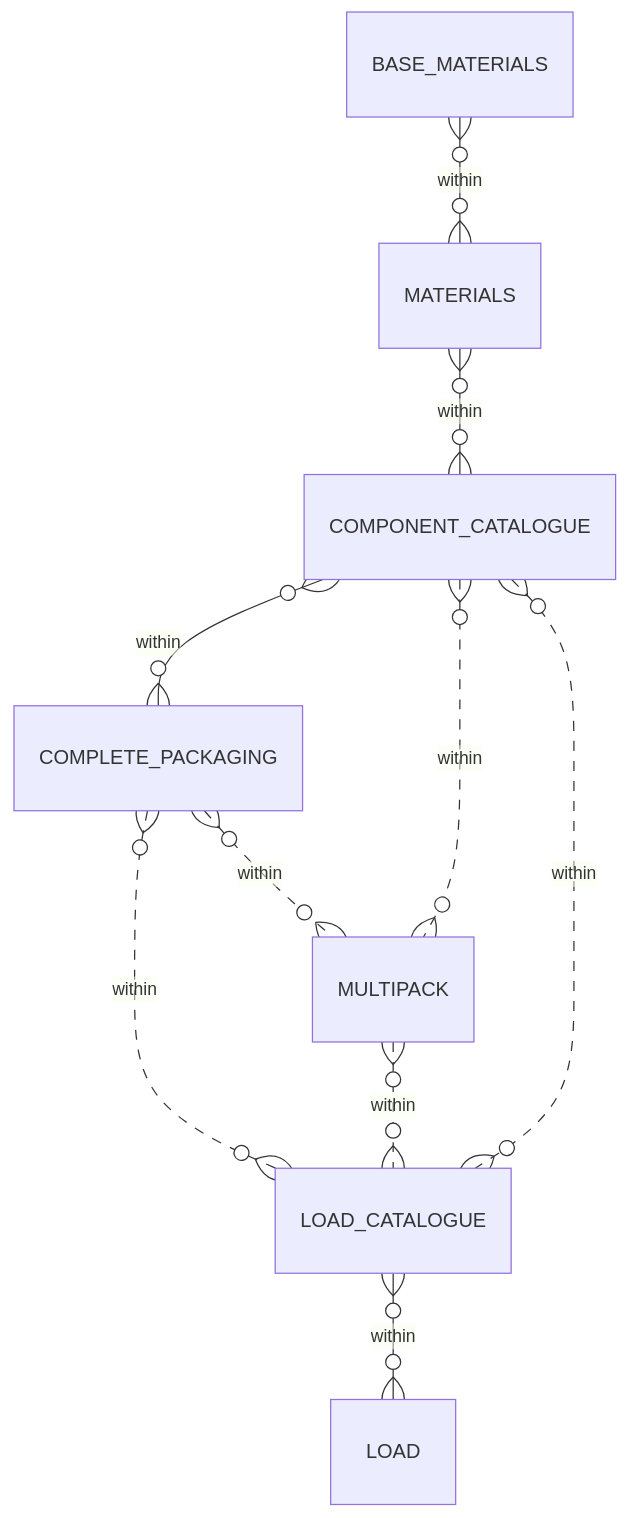
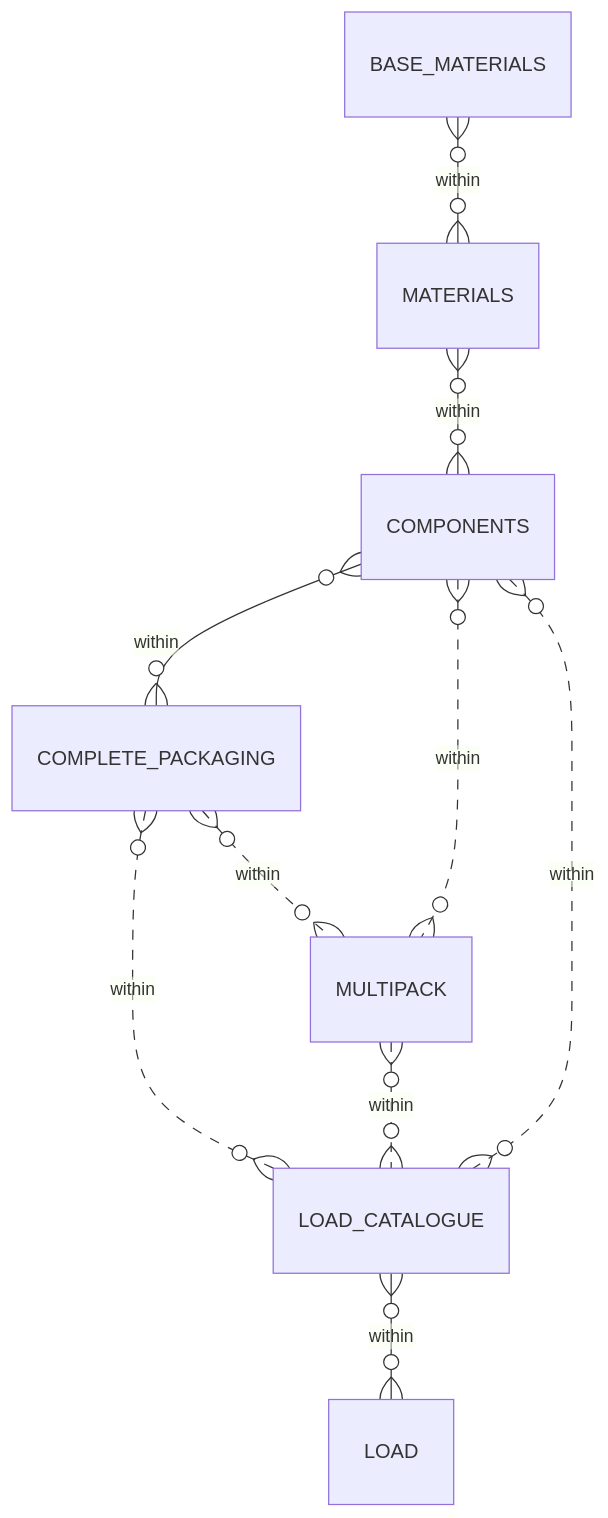
The diagram in docs/1_Start_Here/1_4_Data_Schema.md (OpenDataManchester/Open3P), drawn with Mermaid before and after one commit.

Commit message:
Updated the data schema

````diff
--- a/docs/1_Start_Here/1_4_Data_Schema.md
+++ b/docs/1_Start_Here/1_4_Data_Schema.md
@@ -7,12 +7,12 @@
 ``` mermaid
 erDiagram
   BASE_MATERIALS }o--o{ MATERIALS : within
-  MATERIALS }o--o{ COMPONENT_CATALOGUE : within
-  COMPONENT_CATALOGUE }o--o{ COMPLETE_PACKAGING : within
+  MATERIALS }o--o{ COMPONENTS : within
+  COMPONENTS }o--o{ COMPLETE_PACKAGING : within
   COMPLETE_PACKAGING }o..o{ MULTIPACK : within
-  COMPONENT_CATALOGUE }o..o{ MULTIPACK : within
+  COMPONENTS }o..o{ MULTIPACK : within
   COMPLETE_PACKAGING }o..o{ LOAD_CATALOGUE : within
   MULTIPACK }o..o{ LOAD_CATALOGUE : within
-  COMPONENT_CATALOGUE }o..o{ LOAD_CATALOGUE : within
+  COMPONENTS }o..o{ LOAD_CATALOGUE : within
   LOAD_CATALOGUE }o--o{ LOAD : within
 ```
````
